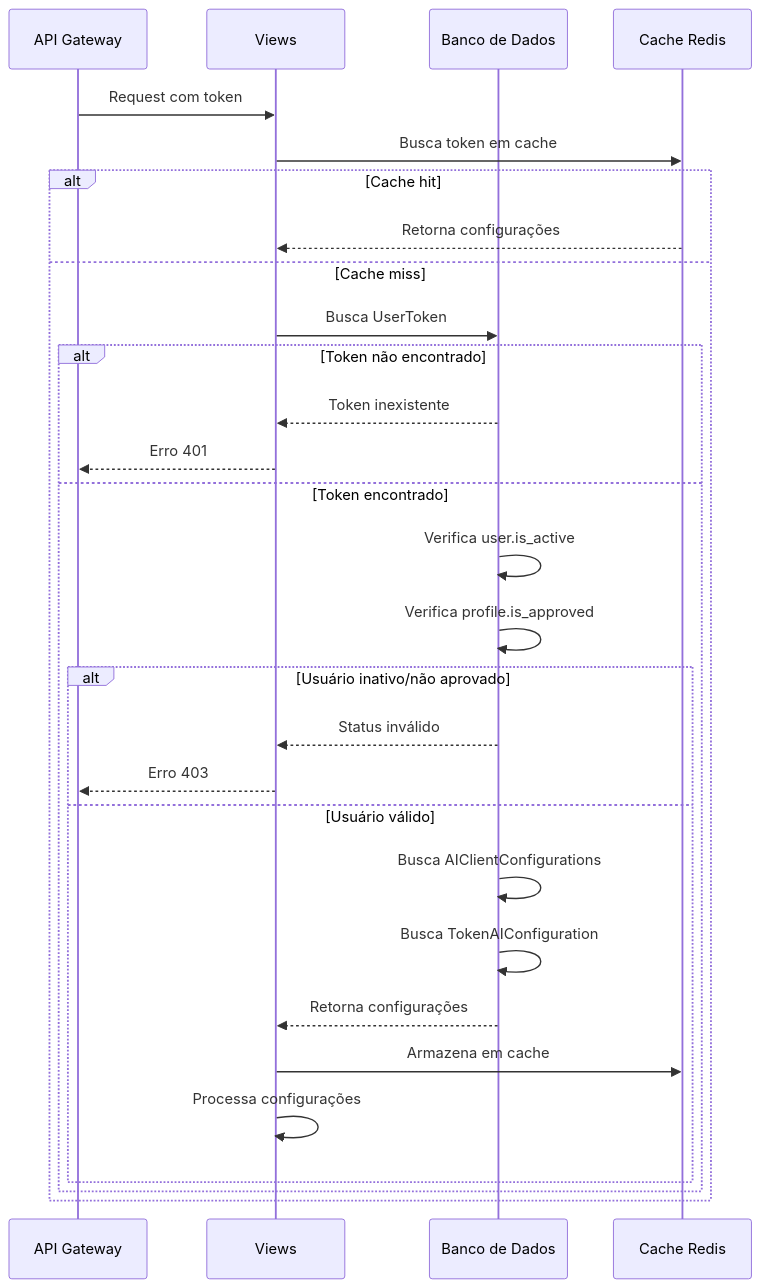
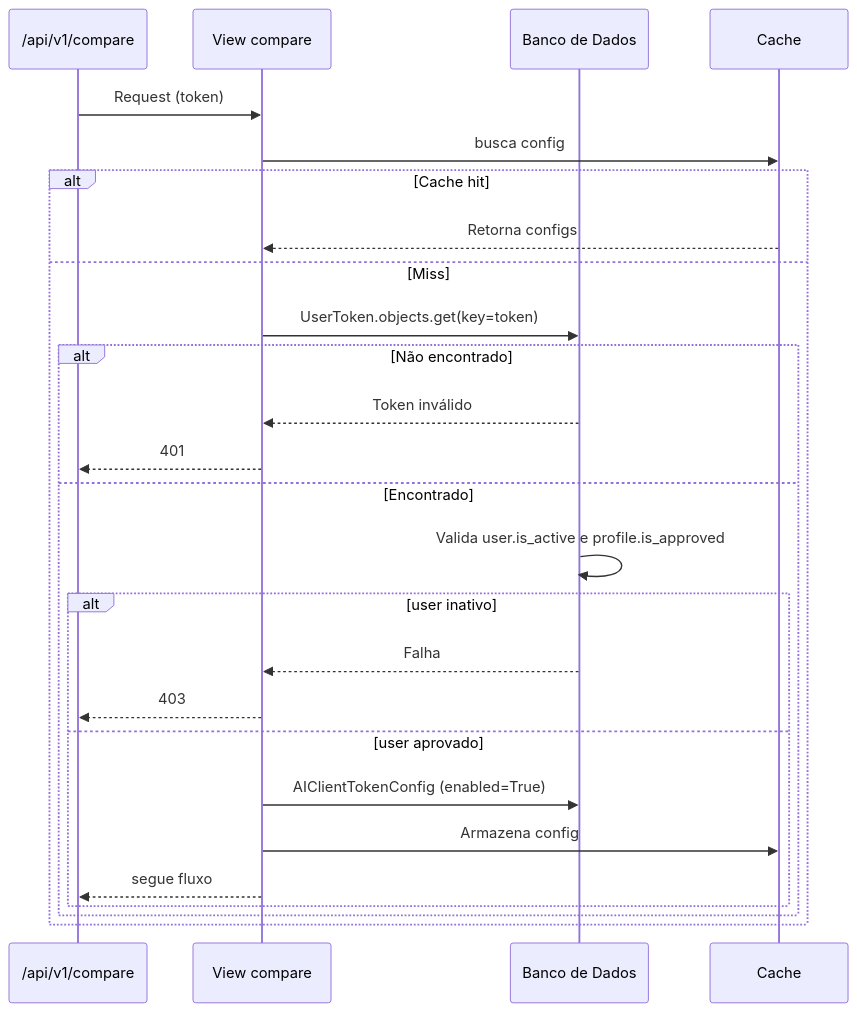
One commit to diegogrosmann/EnsinaNet.AI changed diagram 17 of 33 in README.md. Above: the diagram before and after it, drawn with Mermaid. The commit also changed other lines of this file and 52 other files, not shown here.

````diff
--- a/README.md
+++ b/README.md
@@ -1020,35 +903,29 @@
 ```mermaid
 sequenceDiagram
-    participant API as API Gateway
-    participant V as Views
+    participant API as /api/v1/compare
+    participant V as View compare
     participant DB as Banco de Dados
-    participant Cache as Cache Redis
+    participant Cache as Cache
 
-    API->>V: Request com token
-    V->>Cache: Busca token em cache
-    
+    API->>V: Request (token)
+    V->>Cache: busca config
     alt Cache hit
-        Cache-->>V: Retorna configurações
-    else Cache miss
-        V->>DB: Busca UserToken
-        
-        alt Token não encontrado
-            DB-->>V: Token inexistente
-            V-->>API: Erro 401
-        else Token encontrado
-            DB->>DB: Verifica user.is_active
-            DB->>DB: Verifica profile.is_approved
-            
-            alt Usuário inativo/não aprovado
-                DB-->>V: Status inválido
-                V-->>API: Erro 403
-            else Usuário válido
-                DB->>DB: Busca AIClientConfigurations
-                DB->>DB: Busca TokenAIConfiguration
-                DB-->>V: Retorna configurações
-                V->>Cache: Armazena em cache
-                V->>V: Processa configurações
+        Cache-->>V: Retorna configs
+    else Miss
+        V->>DB: UserToken.objects.get(key=token)
+        alt Não encontrado
+            DB-->>V: Token inválido
+            V-->>API: 401
+        else Encontrado
+            DB->>DB: Valida user.is_active e profile.is_approved
+            alt user inativo
+                DB-->>V: Falha
+                V-->>API: 403
+            else user aprovado
+                V->>DB: AIClientTokenConfig (enabled=True)
+                V->>Cache: Armazena config
+                V-->>API: segue fluxo
             end
         end
     end
 ```
````
